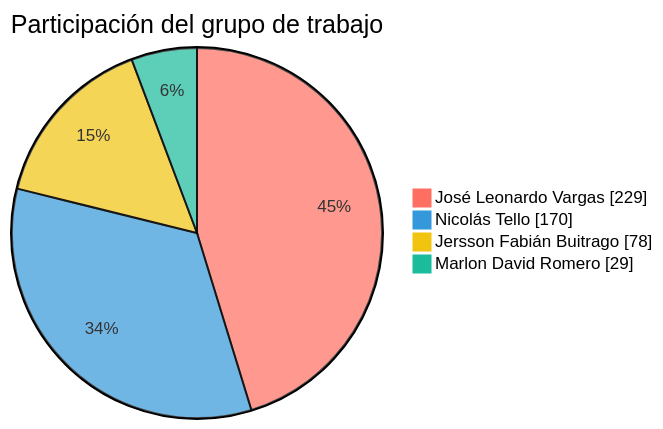
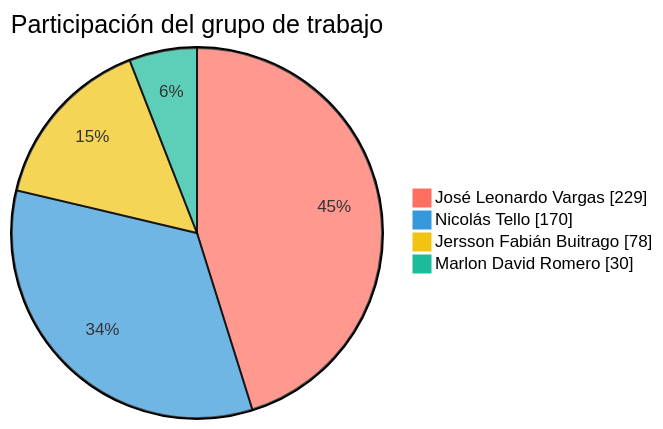
Before and after one commit to FarmaExpres/FarmaExpres: the first of 2 diagrams in README.md, drawn with Mermaid. The commit also changed other lines of this file and 1 other file, not shown here.

````diff
--- a/README.md
+++ b/README.md
@@ -389,9 +389,9 @@
 ```mermaid
 %%{init: {"themeVariables": {"pie1": "#ff6f61", "pie2": "#3498db", "pie3": "#f1c40f", "pie4": "#1abc9c", "pieLabelColor": "#000000", "pieLabelFontSize": "24px", "pieLabelFontWeight": "700"}}}%%
 pie showData
     title Participación del grupo de trabajo
     "José Leonardo Vargas" : 229
     "Nicolás Tello" : 170
     "Jersson Fabián Buitrago" : 78
-    "Marlon David Romero" : 29
+    "Marlon David Romero" : 30
 ```
````
